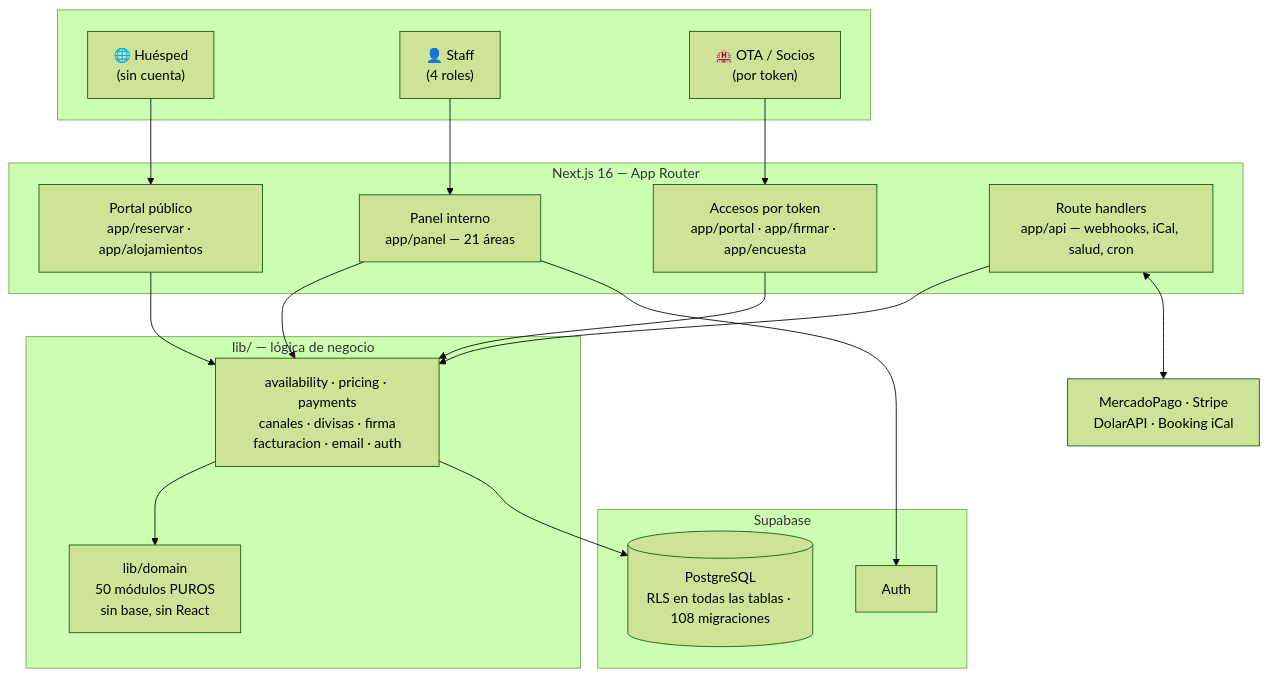
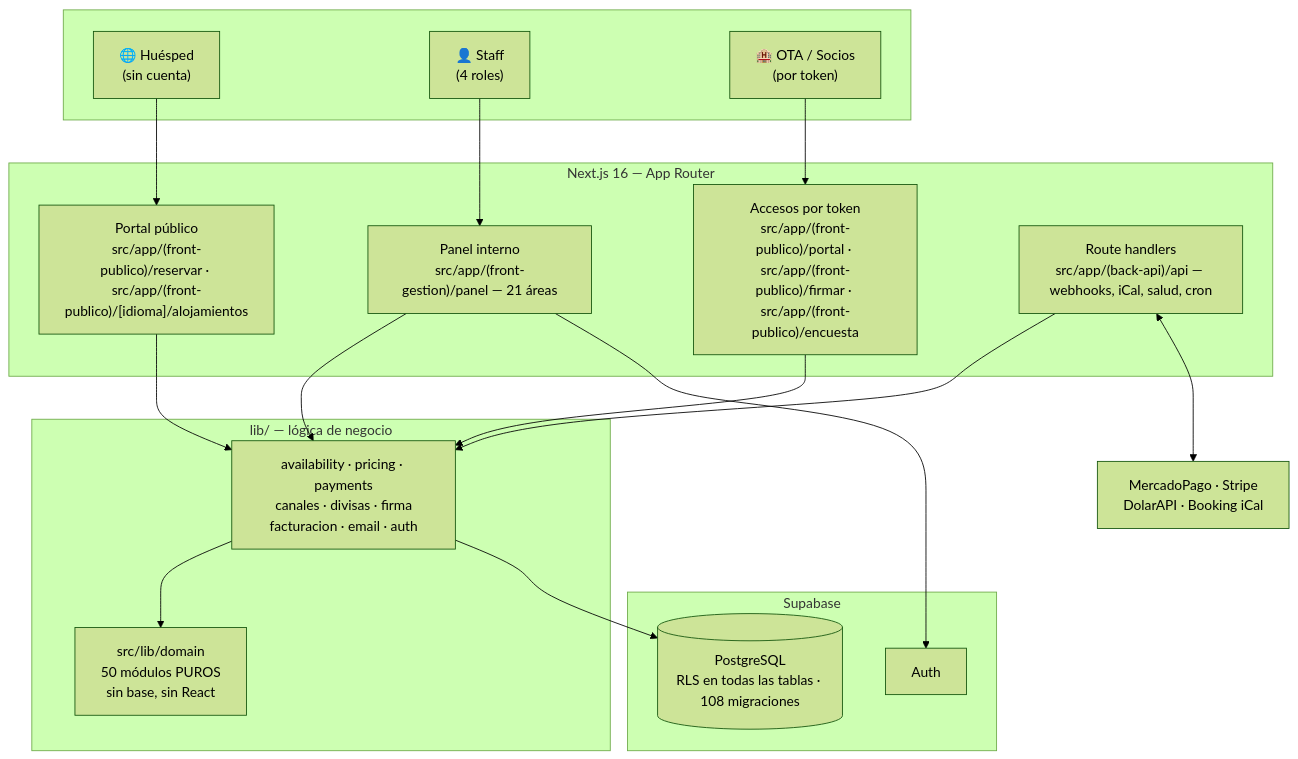
One commit to blanca-patagonia/BlancaPatagoniaHotelApp changed the diagram in docs/wiki/Arquitectura.md. Above: the diagram before and after it, drawn with Mermaid (forest theme). The commit also changed other lines of this file and 1294 other files, not shown here.

````diff
--- a/docs/wiki/Arquitectura.md
+++ b/docs/wiki/Arquitectura.md
@@ -14,36 +14,36 @@
 ```mermaid
 flowchart TB
     subgraph clientes[" "]
         H["🌐 Huésped<br/>(sin cuenta)"]
         S["👤 Staff<br/>(4 roles)"]
         O["🏨 OTA / Socios<br/>(por token)"]
     end
 
     subgraph next["Next.js 16 — App Router"]
-        POR["Portal público<br/>app/reservar · app/alojamientos"]
-        PAN["Panel interno<br/>app/panel — 21 áreas"]
-        TOK["Accesos por token<br/>app/portal · app/firmar · app/encuesta"]
-        API["Route handlers<br/>app/api — webhooks, iCal, salud, cron"]
+        POR["Portal público<br/>src/app/(front-publico)/reservar · src/app/(front-publico)/[idioma]/alojamientos"]
+        PAN["Panel interno<br/>src/app/(front-gestion)/panel — 21 áreas"]
+        TOK["Accesos por token<br/>src/app/(front-publico)/portal · src/app/(front-publico)/firmar · src/app/(front-publico)/encuesta"]
+        API["Route handlers<br/>src/app/(back-api)/api — webhooks, iCal, salud, cron"]
     end
 
     subgraph logica["lib/ — lógica de negocio"]
-        DOM["lib/domain<br/>50 módulos PUROS<br/>sin base, sin React"]
+        DOM["src/lib/domain<br/>50 módulos PUROS<br/>sin base, sin React"]
         SRV["availability · pricing · payments<br/>canales · divisas · firma<br/>facturacion · email · auth"]
     end
 
     subgraph datos["Supabase"]
         PG[("PostgreSQL<br/>RLS en todas las tablas · 108 migraciones")]
         AUTH["Auth"]
     end
 
     EXT["MercadoPago · Stripe<br/>DolarAPI · Booking iCal"]
 
     H --> POR
     S --> PAN
     O --> TOK
     POR & PAN & TOK & API --> SRV
     SRV --> DOM
     SRV --> PG
     PAN --> AUTH
     API <--> EXT
 ```
````
